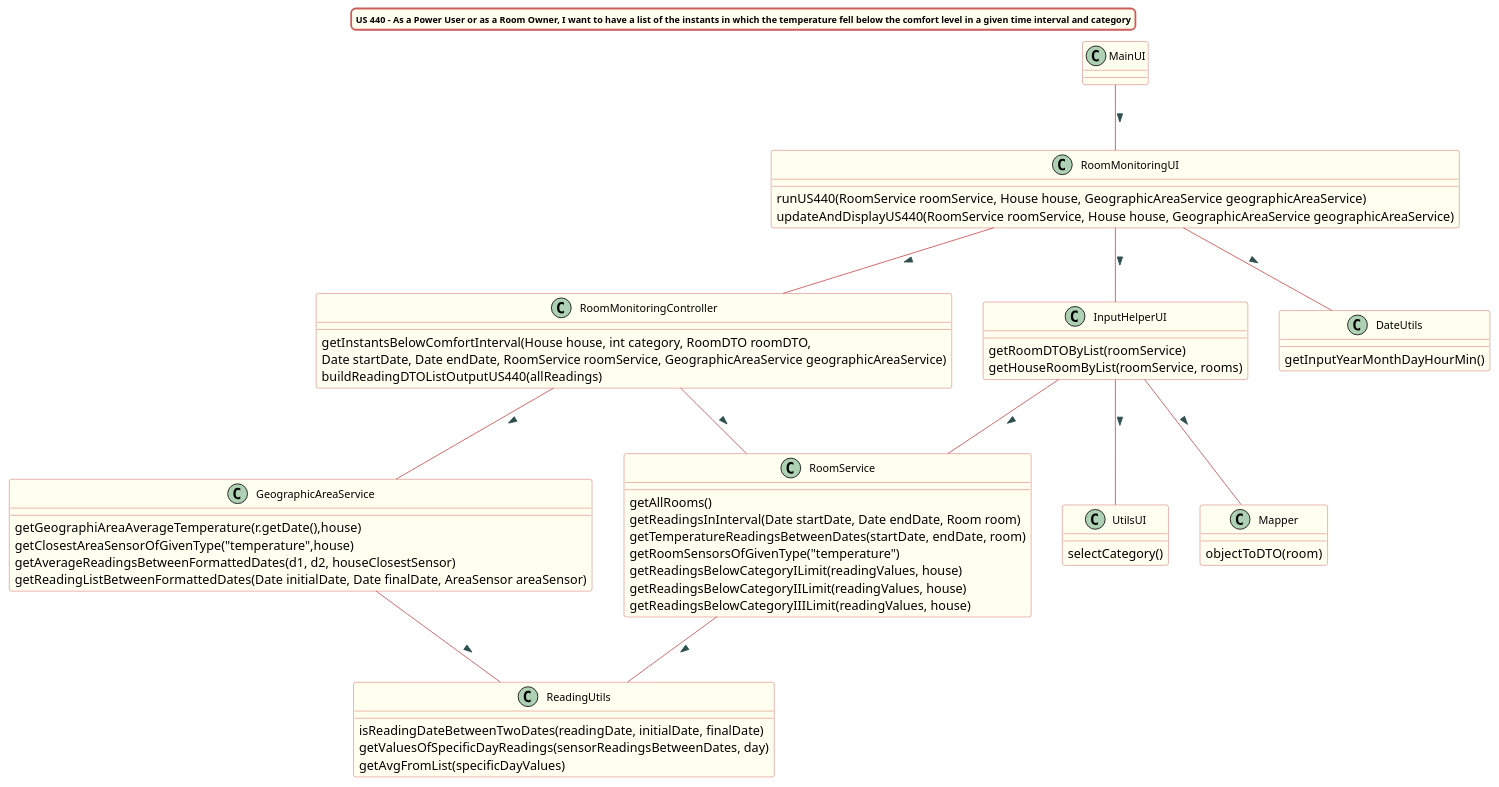
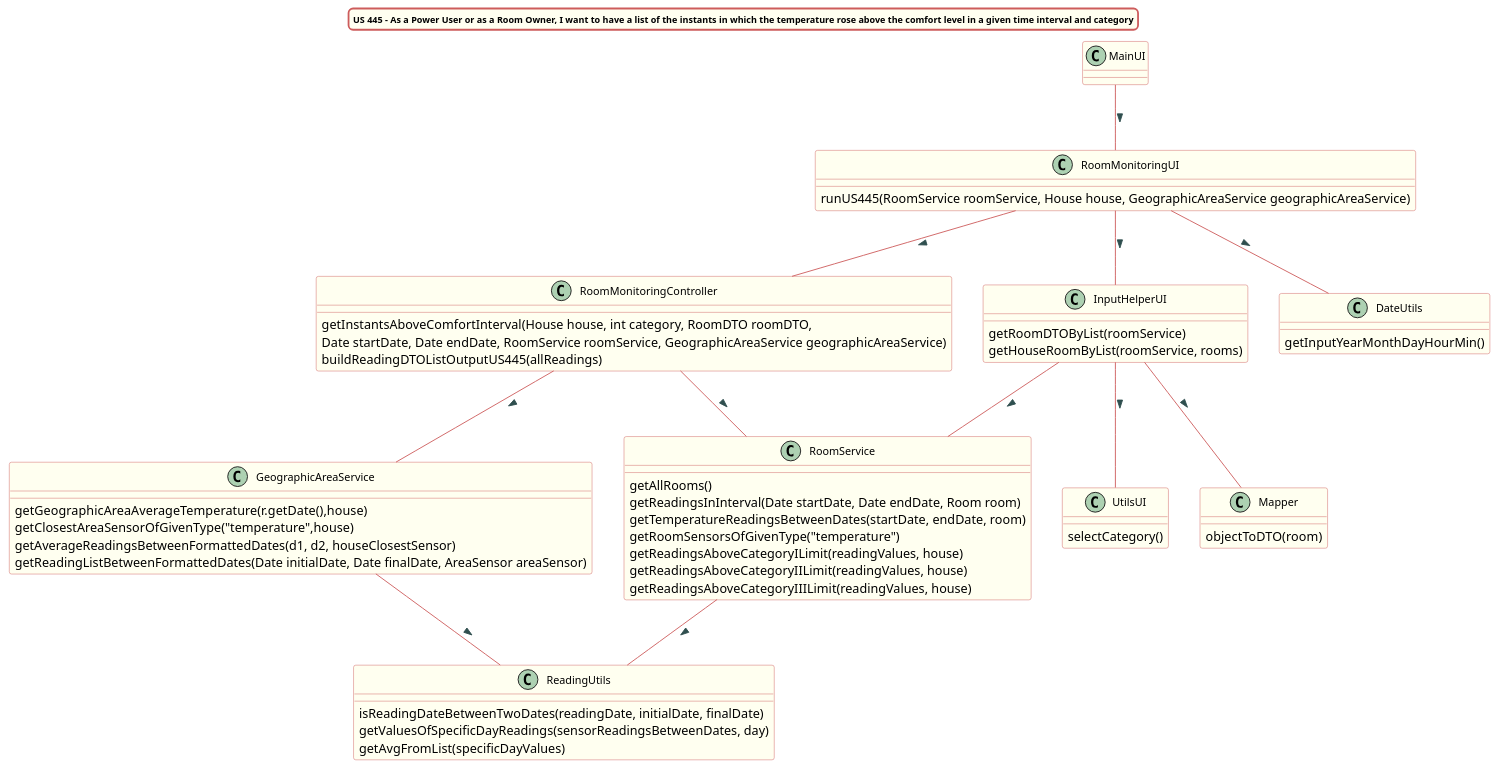
Before and after one commit to Almadanmp/project: the diagram in src/doc/Controllers/RoomMonitoring/US445/US445_cd_RoomMonitoring.puml, drawn with PlantUML. The commit also changed 1 other file, not shown here.

```diff
--- a/src/doc/Controllers/RoomMonitoring/US445/US445_cd_RoomMonitoring.puml
+++ b/src/doc/Controllers/RoomMonitoring/US445/US445_cd_RoomMonitoring.puml
@@ -1,99 +1,98 @@
 @startuml
 
-title US 440 - As a Power User or as a Room Owner, I want to have a list of the instants in which the temperature fell below the comfort level in a given time interval and category
+title US 445 - As a Power User or as a Room Owner, I want to have a list of the instants in which the temperature rose above the comfort level in a given time interval and category
 skinparam titleBorderRoundCorner 10
 skinparam titleBorderThickness 2
 skinparam titleBorderColor indianred
 skinparam titleBackgroundColor ivory
 skinparam FontName verdana
 skinparam titleFontSize 10
 
 
 skinparam class {
   BorderColor indianred
   BackgroundColor indianred
   BackgroundColor ivory
    roundcorner 10
    ArrowFontName Verdana
    ArrowColor indianred
    ArrowFontColor darkslategrey
    FontSize 12
 }
 
 class RoomMonitoringController
 class RoomMonitoringUI
 class Mapper
 class RoomService
 class GeographicAreaService
 class DateUtils
 class InputHelperUI
 class UtilsUI
 
 
 MainUI -- RoomMonitoringUI : >
 RoomMonitoringUI -- DateUtils : >
 RoomMonitoringUI -- InputHelperUI : >
 InputHelperUI -- RoomService : >
 InputHelperUI -- Mapper : >
 InputHelperUI -- UtilsUI : >
 RoomMonitoringUI -- RoomMonitoringController : >
 RoomMonitoringController -- RoomService : >
 RoomService -- ReadingUtils : >
 RoomMonitoringController -- GeographicAreaService : >
 GeographicAreaService -- ReadingUtils : >
 
 
 
 class RoomMonitoringController {
-getInstantsBelowComfortInterval(House house, int category, RoomDTO roomDTO, \nDate startDate, Date endDate, RoomService roomService, GeographicAreaService geographicAreaService)
-buildReadingDTOListOutputUS440(allReadings)
+getInstantsAboveComfortInterval(House house, int category, RoomDTO roomDTO, \nDate startDate, Date endDate, RoomService roomService, GeographicAreaService geographicAreaService)
+buildReadingDTOListOutputUS445(allReadings)
 
 }
 
 class RoomMonitoringUI {
-runUS440(RoomService roomService, House house, GeographicAreaService geographicAreaService)
-updateAndDisplayUS440(RoomService roomService, House house, GeographicAreaService geographicAreaService)
+runUS445(RoomService roomService, House house, GeographicAreaService geographicAreaService)
 }
 
 class Mapper {
 objectToDTO(room)
 }
 
 class RoomService{
 getAllRooms()
 getReadingsInInterval(Date startDate, Date endDate, Room room)
 getTemperatureReadingsBetweenDates(startDate, endDate, room)
 getRoomSensorsOfGivenType("temperature")
-getReadingsBelowCategoryILimit(readingValues, house)
-getReadingsBelowCategoryIILimit(readingValues, house)
-getReadingsBelowCategoryIIILimit(readingValues, house)
+getReadingsAboveCategoryILimit(readingValues, house)
+getReadingsAboveCategoryIILimit(readingValues, house)
+getReadingsAboveCategoryIIILimit(readingValues, house)
 }
 
 class GeographicAreaService{
-getGeographiAreaAverageTemperature(r.getDate(),house)
+getGeographicAreaAverageTemperature(r.getDate(),house)
 getClosestAreaSensorOfGivenType("temperature",house)
 getAverageReadingsBetweenFormattedDates(d1, d2, houseClosestSensor)
 getReadingListBetweenFormattedDates(Date initialDate, Date finalDate, AreaSensor areaSensor)
 }
 
 class DateUtils {
 getInputYearMonthDayHourMin()
 }
 
 class InputHelperUI {
 getRoomDTOByList(roomService)
 getHouseRoomByList(roomService, rooms)
 }
 
 class UtilsUI {
 selectCategory()
 }
 
 class ReadingUtils {
 isReadingDateBetweenTwoDates(readingDate, initialDate, finalDate)
 getValuesOfSpecificDayReadings(sensorReadingsBetweenDates, day)
 getAvgFromList(specificDayValues)
 }
 
 
 @enduml
```
